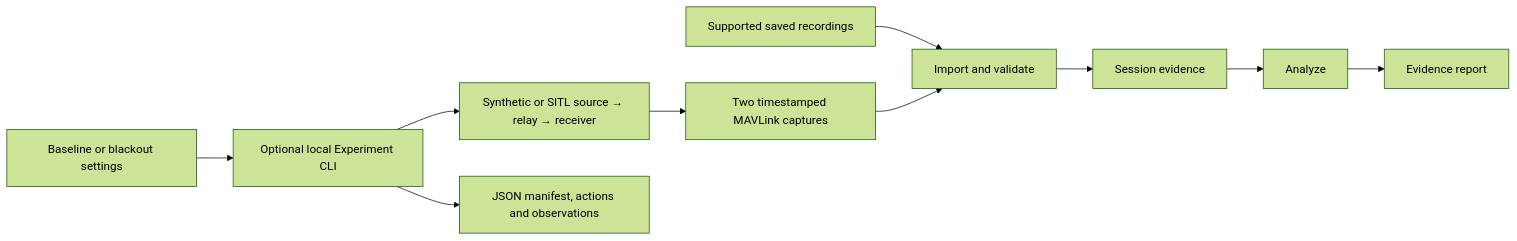
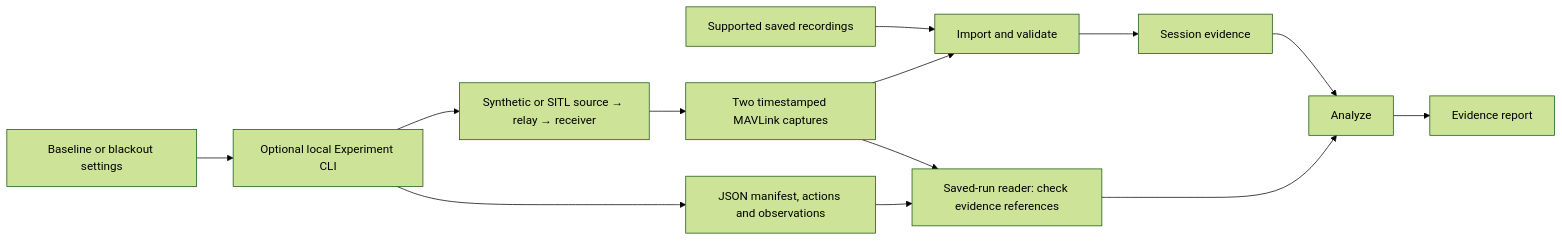
Before and after one commit to victormonnot/UAV-Debugger: the diagram in docs/architecture.md, drawn with Mermaid (forest theme). The commit also changed other lines of this file and 21 other files, not shown here.

Commit message:
feat(analyze): inspect saved experiment evidence

````diff
--- a/docs/architecture.md
+++ b/docs/architecture.md
@@ -13,12 +13,15 @@
 ```mermaid
 flowchart LR
     files["Supported saved recordings"] --> import["Import and validate"]
     import --> session["Session evidence"]
     session --> analyze["Analyze"]
     analyze --> report["Evidence report"]
     scenario["Baseline or blackout settings"] --> runner["Optional local Experiment CLI"]
     runner --> path["Synthetic or SITL source → relay → receiver"]
     path --> captures["Two timestamped MAVLink captures"]
     captures --> import
     runner --> trace["JSON manifest, actions and observations"]
+    trace --> saved["Saved-run reader: check evidence references"]
+    captures --> saved
+    saved --> analyze
 ```
````
